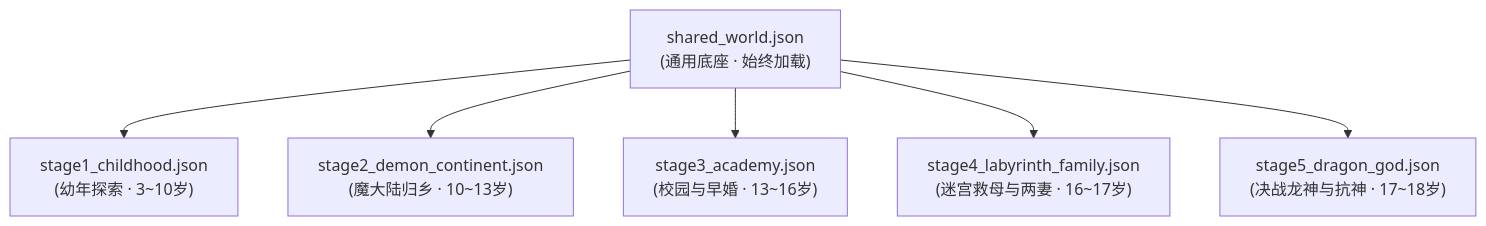
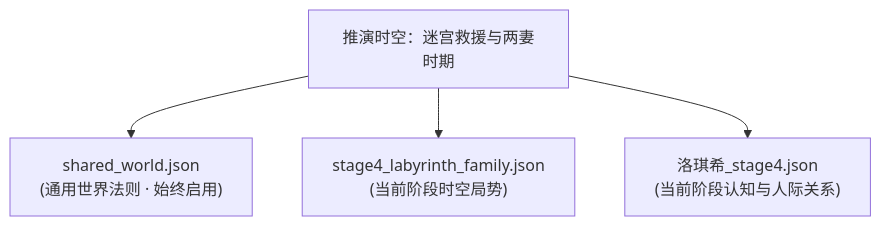
The second of 2 diagrams in README.md (Misuzu0010/mushoku-tensei-lorebook), drawn with Mermaid before and after one commit. The commit also changed other lines of this file, not shown here.

````diff
--- a/README.md
+++ b/README.md
@@ -85,10 +115,8 @@
 ```mermaid
 graph TD
-    Shared["shared_world.json<br>(通用底座 · 始终加载)"]
+    User["推演时空：迷宫救援与两妻时期"]
     
-    Shared --> S1["stage1_childhood.json<br>(幼年探索 · 3~10岁)"]
-    Shared --> S2["stage2_demon_continent.json<br>(魔大陆归乡 · 10~13岁)"]
-    Shared --> S3["stage3_academy.json<br>(校园与早婚 · 13~16岁)"]
-    Shared --> S4["stage4_labyrinth_family.json<br>(迷宫救母与两妻 · 16~17岁)"]
-    Shared --> S5["stage5_dragon_god.json<br>(决战龙神与抗神 · 17~18岁)"]
+    User --> W_Base["shared_world.json<br>(通用世界法则 · 始终启用)"]
+    User --> W_Stage["stage4_labyrinth_family.json<br>(当前阶段时空局势)"]
+    User --> C_Card["洛琪希_stage4.json<br>(当前阶段认知与人际关系)"]
 ```
````
